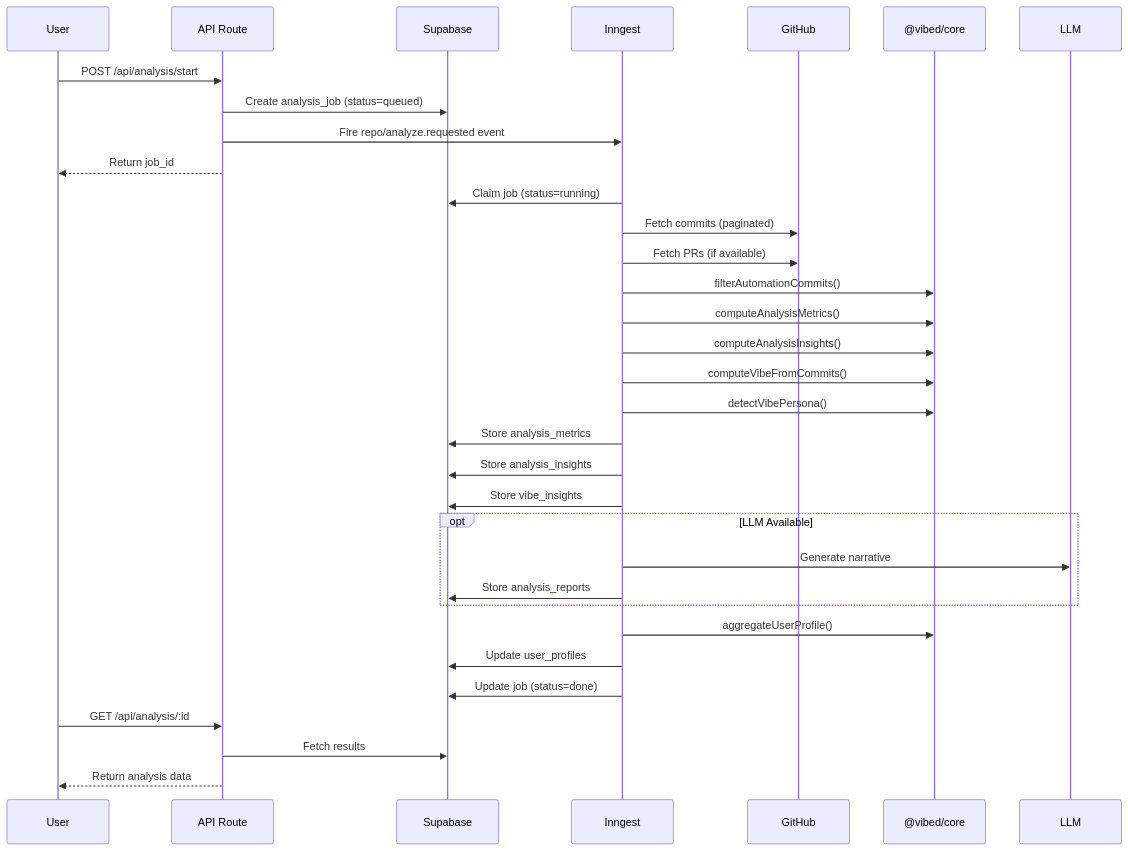
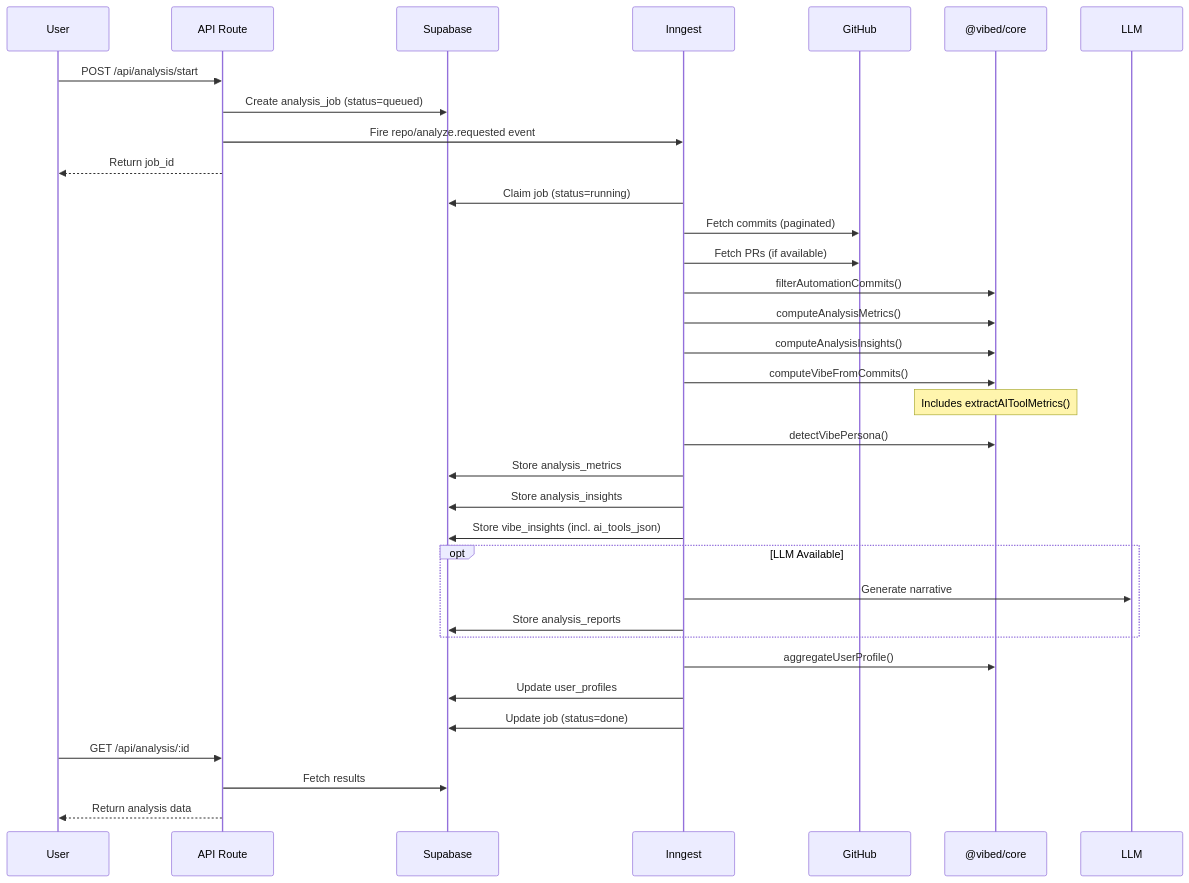
One commit to devakone/vibe-coding-profiler changed the second of 9 diagrams in docs/architecture/vibed-analysis-pipeline.md. Above: the diagram before and after it, drawn with Mermaid. The commit also changed other lines of this file and 21 other files, not shown here.

````diff
--- a/docs/architecture/vibed-analysis-pipeline.md
+++ b/docs/architecture/vibed-analysis-pipeline.md
@@ -84,42 +84,43 @@
 ```mermaid
 sequenceDiagram
     participant User
     participant API as API Route
     participant DB as Supabase
     participant Inngest
     participant GitHub
     participant Core as @vibed/core
     participant LLM
 
     User->>API: POST /api/analysis/start
     API->>DB: Create analysis_job (status=queued)
     API->>Inngest: Fire repo/analyze.requested event
     API-->>User: Return job_id
 
     Inngest->>DB: Claim job (status=running)
     Inngest->>GitHub: Fetch commits (paginated)
     Inngest->>GitHub: Fetch PRs (if available)
     
     Inngest->>Core: filterAutomationCommits()
     Inngest->>Core: computeAnalysisMetrics()
     Inngest->>Core: computeAnalysisInsights()
     Inngest->>Core: computeVibeFromCommits()
+    Note over Core: Includes extractAIToolMetrics()
     Inngest->>Core: detectVibePersona()
-    
+
     Inngest->>DB: Store analysis_metrics
     Inngest->>DB: Store analysis_insights
-    Inngest->>DB: Store vibe_insights
+    Inngest->>DB: Store vibe_insights (incl. ai_tools_json)
     
     opt LLM Available
         Inngest->>LLM: Generate narrative
         Inngest->>DB: Store analysis_reports
     end
     
     Inngest->>Core: aggregateUserProfile()
     Inngest->>DB: Update user_profiles
     Inngest->>DB: Update job (status=done)
     
     User->>API: GET /api/analysis/:id
     API->>DB: Fetch results
     API-->>User: Return analysis data
 ```
````
